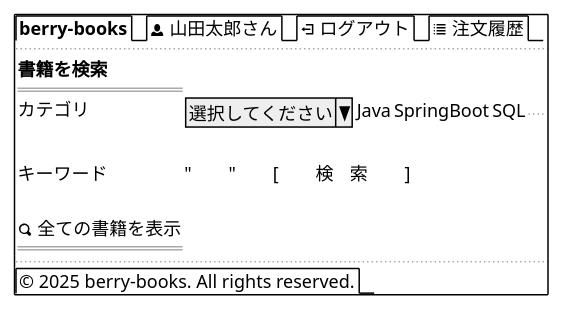
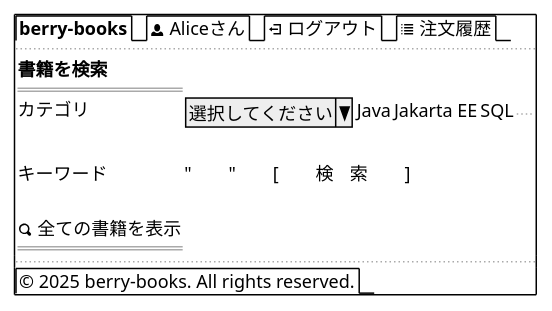
The third of 13 diagrams in projects/java/berry-books-spec-driven/specs/wireframes.md (KenyaSaitoh/ai_dev_training_202512), drawn with PlantUML before and after one commit. The commit also changed other lines of this file and 13 other files, not shown here.

````diff
--- a/projects/java/berry-books-spec-driven/specs/wireframes.md
+++ b/projects/java/berry-books-spec-driven/specs/wireframes.md
@@ -146,20 +146,20 @@
 ```plantuml
 @startsalt
 {+
-  {/ <b>berry-books</b> | <&person> 山田太郎さん | <&account-logout> ログアウト | <&list> 注文履歴 }
+  {/ <b>berry-books</b> | <&person> Aliceさん | <&account-logout> ログアウト | <&list> 注文履歴 }
   ..
   {
     <b>書籍を検索</b>
     ==
-    カテゴリ | { ^選択してください^ | Java | SpringBoot | SQL | ... }
+    カテゴリ | { ^選択してください^ | Java | Jakarta EE | SQL | ... }
     .
     キーワード | "                              " [  検索  ]
     .
     <&magnifying-glass> 全ての書籍を表示
     ==
   }
   ..
   {/ © 2025 berry-books. All rights reserved. }
 }
 @endsalt
 ```
````
